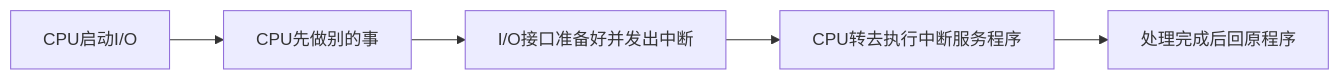
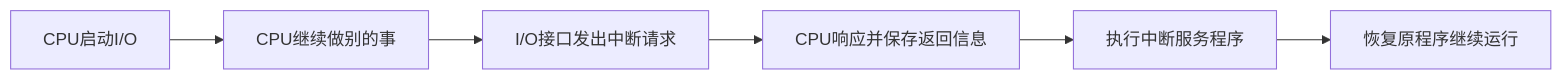
One commit to 74262195/system-architect-notes changed the second of 2 diagrams in 01_综合知识/01_计算机系统基础知识/01_计算机组成与体系结构/03_总线与IO/中断技术.md. Above: the diagram before and after it, drawn with Mermaid. The commit also changed other lines of this file, not shown here.

Commit message:
docs: tighten interrupt terminology and flow

```diff
--- a/01_综合知识/01_计算机系统基础知识/01_计算机组成与体系结构/03_总线与IO/中断技术.md
+++ b/01_综合知识/01_计算机系统基础知识/01_计算机组成与体系结构/03_总线与IO/中断技术.md
@@ -113,7 +103,8 @@
 ~~~mermaid
 flowchart LR
-    A[CPU启动I/O] --> B[CPU先做别的事]
-    B --> C[I/O接口准备好并发出中断]
-    C --> D[CPU转去执行中断服务程序]
-    D --> E[处理完成后回原程序]
+    A[CPU启动I/O] --> B[CPU继续做别的事]
+    B --> C[I/O接口发出中断请求]
+    C --> D[CPU响应并保存返回信息]
+    D --> E[执行中断服务程序]
+    E --> F[恢复原程序继续运行]
 ~~~
```
